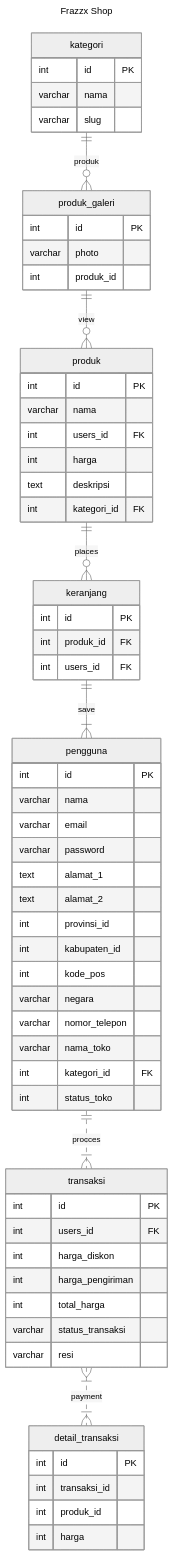
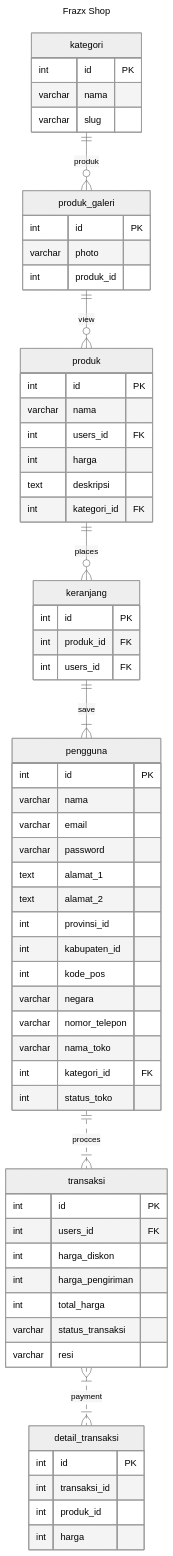
The first of 2 diagrams in project1.md (Fadhillahrizqia/Frazxx_Shop), drawn with Mermaid (neutral theme) before and after one commit.

````diff
--- a/project1.md
+++ b/project1.md
@@ -94,56 +94,56 @@
 ```mermaid
 ---
-title:  Frazzx Shop
+title:  Frazx Shop
 ---
 erDiagram
     kategori ||--o{ produk_galeri : produk kategori {
         int id PK
         varchar nama
         varchar slug
 } produk_galeri ||--o{ produk : view produk_galeri {
         int id PK
         varchar photo
         int produk_id
 } produk ||--o{ keranjang : places produk {
         int id PK
         varchar nama
         int users_id FK
         int harga
         text deskripsi
         int kategori_id FK
 } keranjang ||--|{ pengguna : save keranjang {
         int id PK
         int produk_id FK
         int users_id FK
 } pengguna ||..|{ transaksi : procces pengguna {
         int id PK
         varchar nama
         varchar email
         varchar password
         text alamat_1
         text alamat_2
         int provinsi_id
         int kabupaten_id
         int kode_pos
         varchar negara
         varchar nomor_telepon
         varchar nama_toko
         int kategori_id FK
         int status_toko
 } transaksi }|..|{ detail_transaksi : payment transaksi {
         int id PK
         int users_id FK
         int harga_diskon
         int harga_pengiriman
         int total_harga
         varchar status_transaksi
         varchar resi
 } detail_transaksi {
         int id PK
         int transaksi_id
         int produk_id
         int harga
 }
 
     
 ```
````
